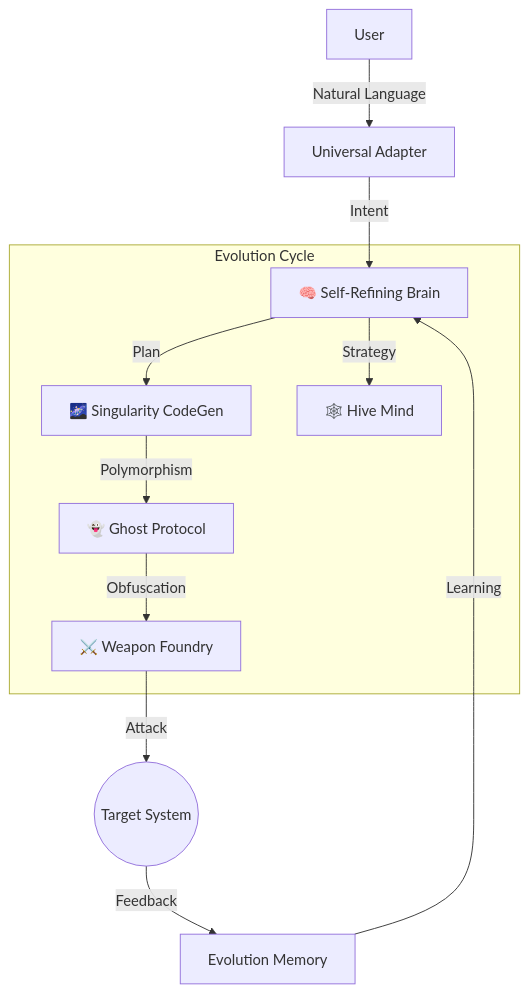
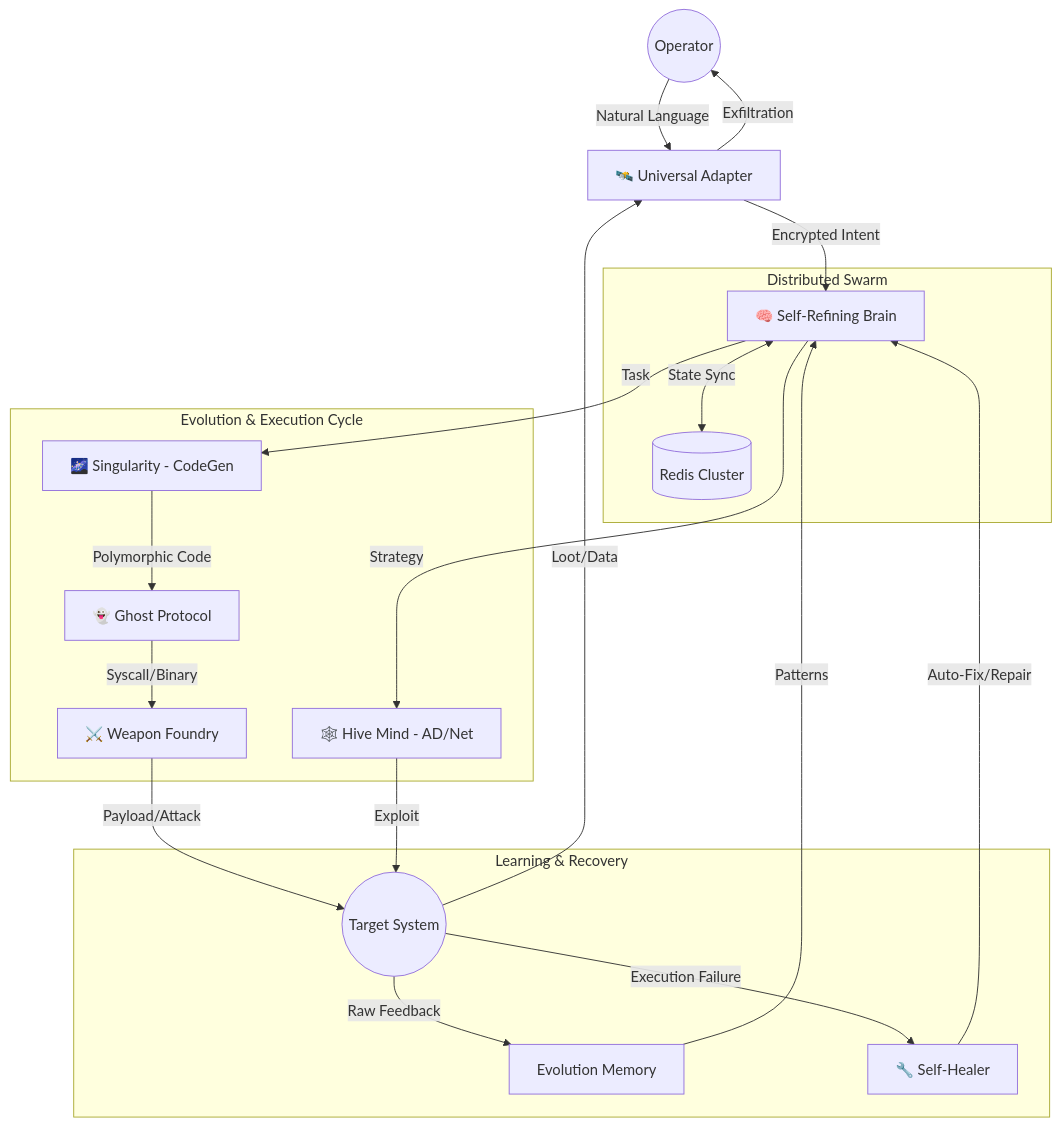
One commit to ahmetdrak/drakben changed the diagram in README.md. Above: the diagram before and after it, drawn with Mermaid. The commit also changed other lines of this file, not shown here.

Commit message:
README: Final architecture diagram and feature matrix update. Now reflects 100% of V2.5 capabilities including Swarm, Self-Healing, and Syscall Evasion.

````diff
--- a/README.md
+++ b/README.md
@@ -89,16 +112,29 @@
 ```mermaid
 graph TD
-    User-->|Natural Language| Adapter[Universal Adapter]
-    Adapter -->|Intent| Brain[🧠 Self-Refining Brain]
+    User((Operator)) -->|Natural Language| Adapter[🛰️ Universal Adapter]
+    Adapter -->|Encrypted Intent| Brain[🧠 Self-Refining Brain]
     
-    subgraph "Evolution Cycle"
-    Brain -->|Plan| Singularity[🌌 Singularity CodeGen]
-    Brain -->|Strategy| Hive[🕸️ Hive Mind]
-    Singularity -->|Polymorphism| Ghost[👻 Ghost Protocol]
-    Ghost -->|Obfuscation| Weapon[⚔️ Weapon Foundry]
+    subgraph "Distributed Swarm"
+    Brain <-->|State Sync| Redis[(Redis Cluster)]
+    end
+
+    subgraph "Evolution & Execution Cycle"
+    Brain -->|Strategy| Hive[🕸️ Hive Mind - AD/Net]
+    Brain -->|Task| Singularity[🌌 Singularity - CodeGen]
+    Singularity -->|Polymorphic Code| Ghost[👻 Ghost Protocol]
+    Ghost -->|Syscall/Binary| Weapon[⚔️ Weapon Foundry]
     end
     
-    Weapon -->|Attack| Target((Target System))
-    Target -->|Feedback| Memory[Evolution Memory]
-    Memory -->|Learning| Brain
+    Weapon -->|Payload/Attack| Target((Target System))
+    Hive -->|Exploit| Target
+    
+    subgraph "Learning & Recovery"
+    Target -->|Raw Feedback| Memory[Evolution Memory]
+    Memory -->|Patterns| Brain
+    Target -->|Execution Failure| Healer[🔧 Self-Healer]
+    Healer -->|Auto-Fix/Repair| Brain
+    end
+    
+    Target -->|Loot/Data| Adapter
+    Adapter -->|Exfiltration| User
 ```
````
